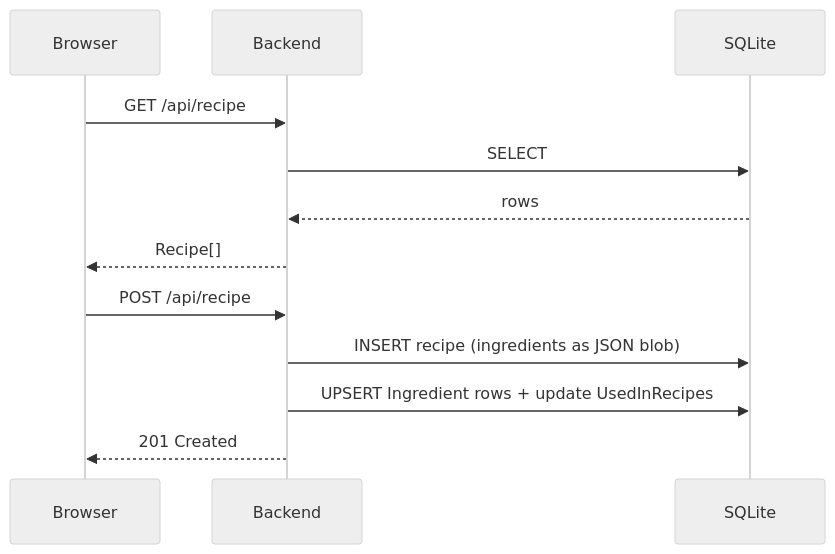
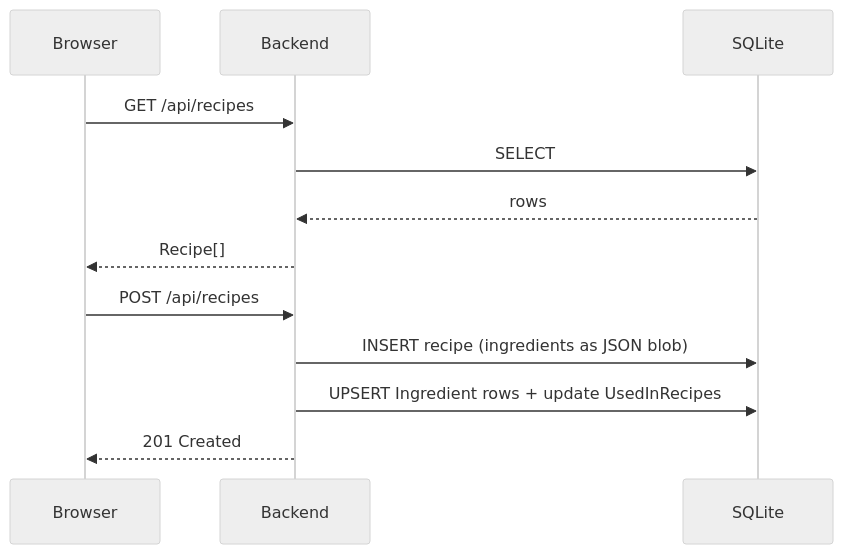
The third of 6 diagrams in docs/architecture.md (codeiakofficial/cocktailmaker), drawn with Mermaid (neutral theme) before and after one commit. The commit also changed other lines of this file and 1 other file, not shown here.

````diff
--- a/docs/architecture.md
+++ b/docs/architecture.md
@@ -42,16 +42,16 @@
 ```mermaid
 sequenceDiagram
     participant Browser
     participant Backend
     participant SQLite
 
-    Browser->>Backend: GET /api/recipe
+    Browser->>Backend: GET /api/recipes
     Backend->>SQLite: SELECT
     SQLite-->>Backend: rows
     Backend-->>Browser: Recipe[]
 
-    Browser->>Backend: POST /api/recipe
+    Browser->>Backend: POST /api/recipes
     Backend->>SQLite: INSERT recipe (ingredients as JSON blob)
     Backend->>SQLite: UPSERT Ingredient rows + update UsedInRecipes
     Backend-->>Browser: 201 Created
 ```
````
